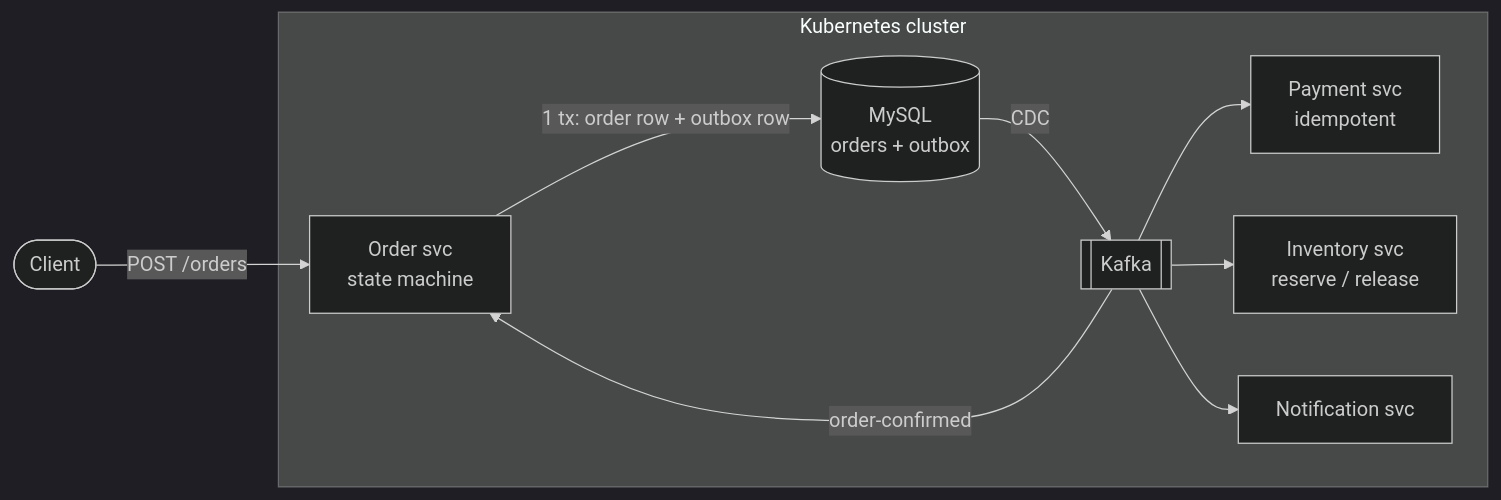
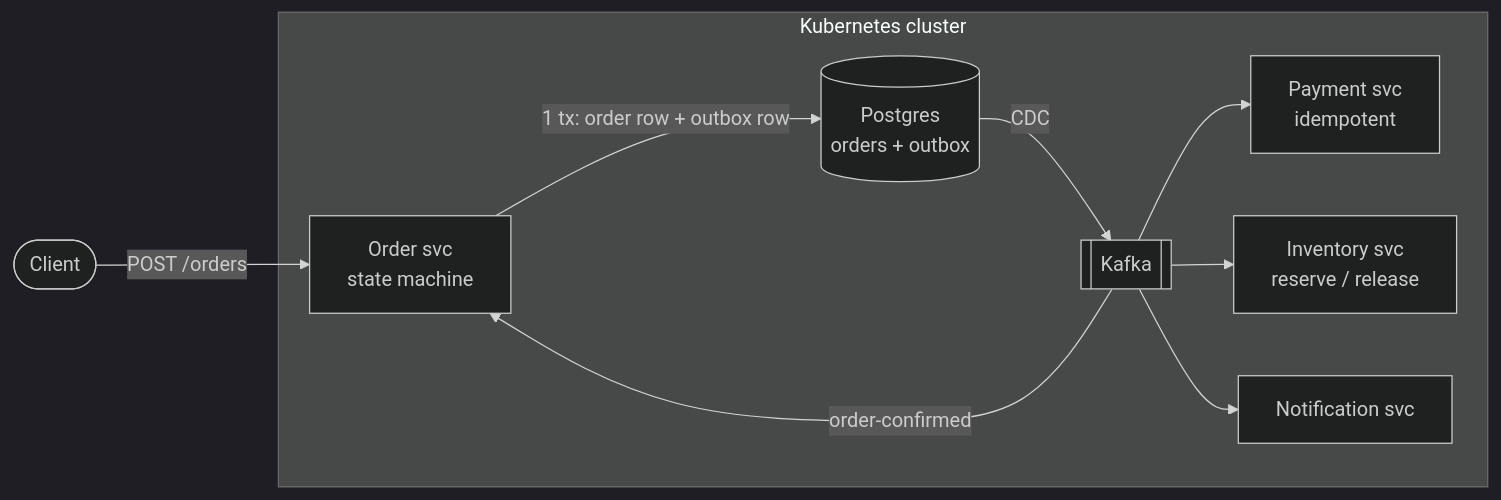
One commit to Zouinek/orderflow changed the diagram in README.md. Above: the diagram before and after it, drawn with Mermaid (dark theme). The commit also changed other lines of this file and 9 other files, not shown here.

````diff
--- a/README.md
+++ b/README.md
@@ -31,21 +31,21 @@
 ```mermaid
 flowchart LR
     client([Client])
 
     subgraph k8s["Kubernetes cluster"]
         order["Order svc<br/>state machine"]
-        orderdb[("MySQL<br/>orders + outbox")]
+        orderdb[("Postgres<br/>orders + outbox")]
         kafka[["Kafka"]]
         payment["Payment svc<br/>idempotent"]
         inventory["Inventory svc<br/>reserve / release"]
         notif["Notification svc"]
     end
 
     client -- "POST /orders" --> order
     order -- "1 tx: order row + outbox row" --> orderdb
     orderdb -- "CDC" --> kafka
     kafka --> payment
     kafka --> inventory
     kafka --> notif
     kafka -- "order-confirmed" --> order
 ```
````
